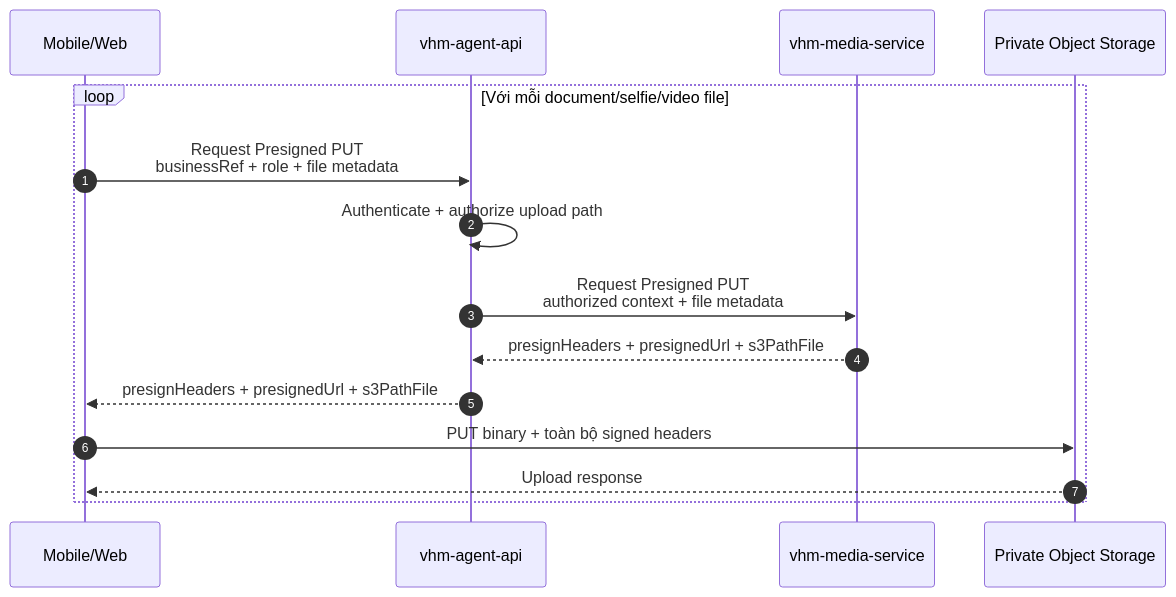
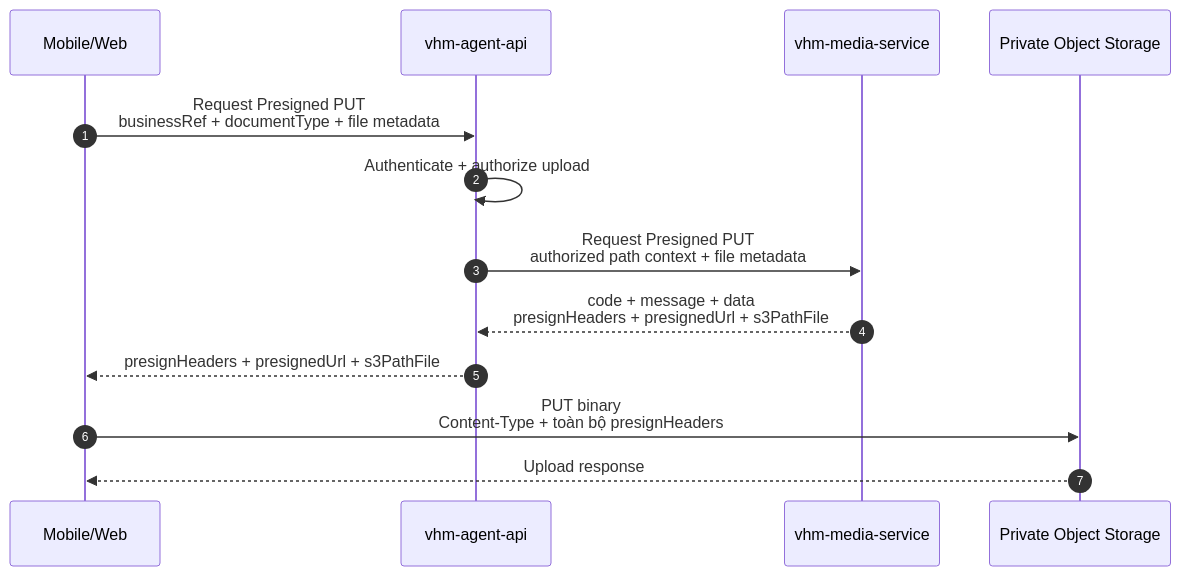
One commit to huynv-xyz/vhm changed the second of 9 diagrams in noxh-ekyc.md. Above: the diagram before and after it, drawn with Mermaid. The commit also changed other lines of this file, not shown here.

````diff
--- a/noxh-ekyc.md
+++ b/noxh-ekyc.md
@@ -165,18 +155,17 @@
 ```mermaid
 sequenceDiagram
     autonumber
     participant CLIENT as Mobile/Web
     participant BFF as vhm-agent-api
     participant MEDIA_API as vhm-media-service
     participant STORAGE as Private Object Storage
 
-    loop Với mỗi document/selfie/video file
-        CLIENT->>BFF: Request Presigned PUT<br/>businessRef + role + file metadata
-        BFF->>BFF: Authenticate + authorize upload path
-        BFF->>MEDIA_API: Request Presigned PUT<br/>authorized context + file metadata
-        MEDIA_API-->>BFF: presignHeaders + presignedUrl + s3PathFile
-        BFF-->>CLIENT: presignHeaders + presignedUrl + s3PathFile
-        CLIENT->>STORAGE: PUT binary + toàn bộ signed headers
-        STORAGE-->>CLIENT: Upload response
-    end
+    CLIENT->>BFF: Request Presigned PUT<br/>businessRef + documentType + file metadata
+    BFF->>BFF: Authenticate + authorize upload
+    BFF->>MEDIA_API: Request Presigned PUT<br/>authorized path context + file metadata
+    MEDIA_API-->>BFF: code + message + data<br/>presignHeaders + presignedUrl + s3PathFile
+    BFF-->>CLIENT: presignHeaders + presignedUrl + s3PathFile
+
+    CLIENT->>STORAGE: PUT binary<br/>Content-Type + toàn bộ presignHeaders
+    STORAGE-->>CLIENT: Upload response
 ```
````
